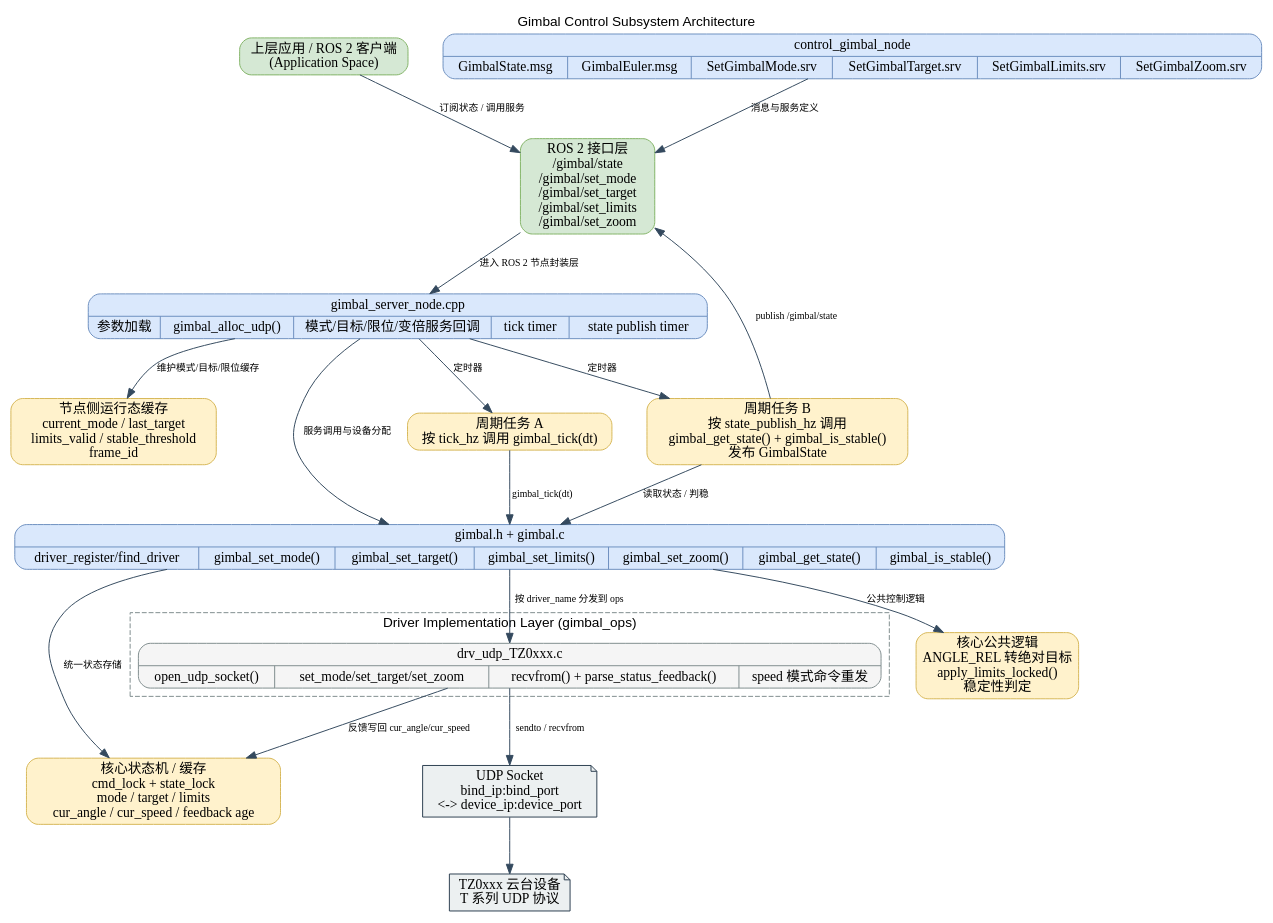
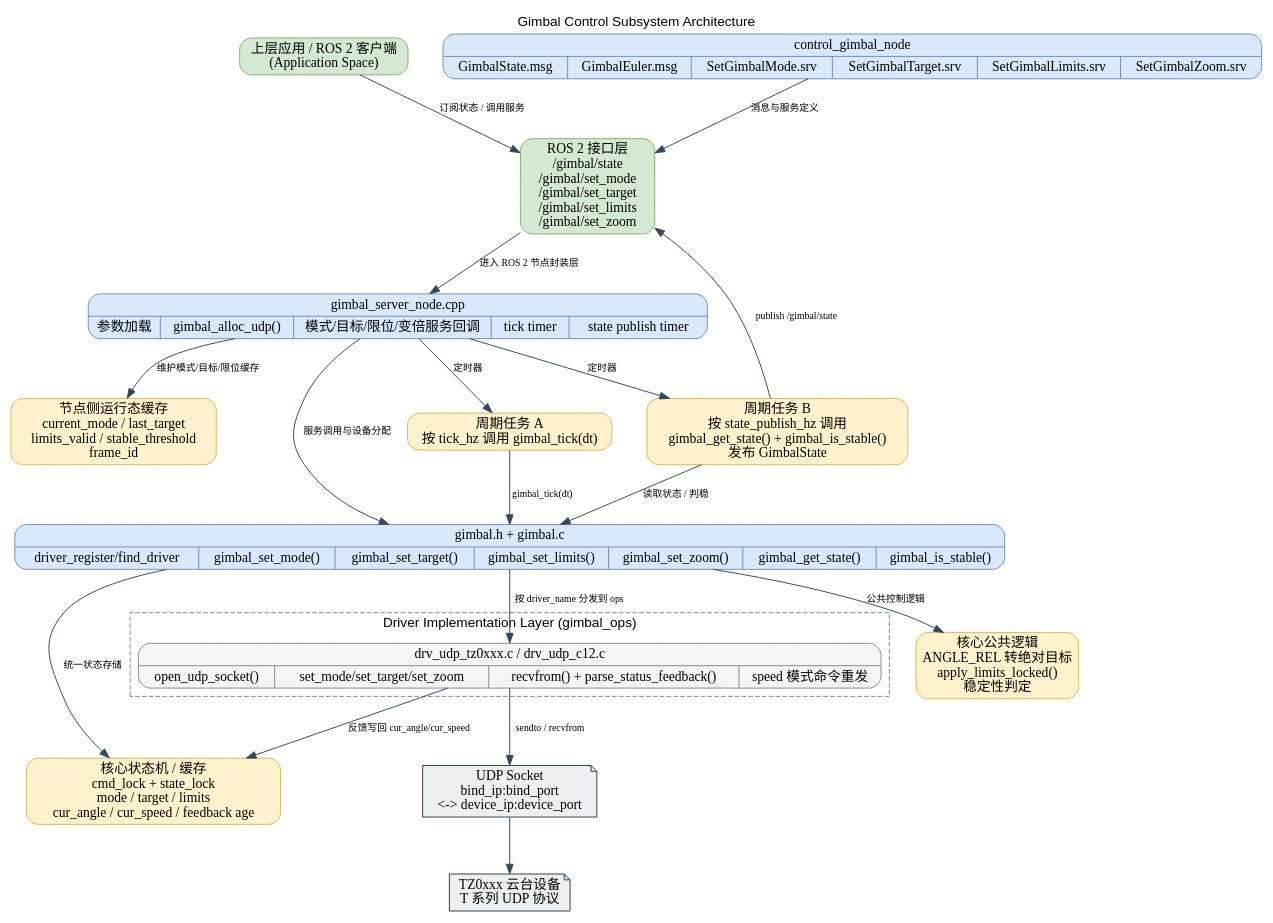
One commit to haiqianghuang/ros2_gimbal changed the diagram in architecture/gimbal_system.dot. Above: the diagram before and after it, drawn with Graphviz. The commit also changed 3 other files, not shown here.

```diff
--- a/architecture/gimbal_system.dot
+++ b/architecture/gimbal_system.dot
@@ -1,56 +1,56 @@
 digraph G {
     rankdir=TB;
     nodesep=0.5;
     ranksep=0.7;
     fontname="Microsoft YaHei, SimHei, sans-serif";
     label="Gimbal Control Subsystem Architecture";
     labelloc="t";
 
     node [shape=box, style="filled,rounded", color="#2c3e50", fillcolor="#ecf0f1", fontname="Microsoft YaHei"];
     edge [color="#34495e", fontname="Microsoft YaHei", fontsize=10];
 
     APP [label="上层应用 / ROS 2 客户端\n(Application Space)", fillcolor="#d5e8d4", color="#82b366"];
     ROS_API [label="ROS 2 接口层\n/gimbal/state\n/gimbal/set_mode\n/gimbal/set_target\n/gimbal/set_limits\n/gimbal/set_zoom", fillcolor="#d5e8d4", color="#82b366"];
     IFACE [label="{ control_gimbal_node | {GimbalState.msg | GimbalEuler.msg | SetGimbalMode.srv | SetGimbalTarget.srv | SetGimbalLimits.srv | SetGimbalZoom.srv} }", shape=record, fillcolor="#dae8fc", color="#6c8ebf"];
 
     GIMBAL_NODE [label="{ gimbal_server_node.cpp | {参数加载 | gimbal_alloc_udp() | 模式/目标/限位/变倍服务回调 | tick timer | state publish timer} }", shape=record, fillcolor="#dae8fc", color="#6c8ebf"];
     NODE_CACHE [label="节点侧运行态缓存\ncurrent_mode / last_target\nlimits_valid / stable_threshold\nframe_id", fillcolor="#fff2cc", color="#d6b656"];
     TICK [label="周期任务 A\n按 tick_hz 调用 gimbal_tick(dt)", fillcolor="#fff2cc", color="#d6b656"];
     STATE_PUB [label="周期任务 B\n按 state_publish_hz 调用\ngimbal_get_state() + gimbal_is_stable()\n发布 GimbalState", fillcolor="#fff2cc", color="#d6b656"];
 
     CORE [label="{ gimbal.h + gimbal.c | {driver_register/find_driver | gimbal_set_mode() | gimbal_set_target() | gimbal_set_limits() | gimbal_set_zoom() | gimbal_get_state() | gimbal_is_stable()} }", shape=record, fillcolor="#dae8fc", color="#6c8ebf"];
     CORE_STATE [label="核心状态机 / 缓存\ncmd_lock + state_lock\nmode / target / limits\ncur_angle / cur_speed / feedback age", fillcolor="#fff2cc", color="#d6b656"];
     CORE_LOGIC [label="核心公共逻辑\nANGLE_REL 转绝对目标\napply_limits_locked()\n稳定性判定", fillcolor="#fff2cc", color="#d6b656"];
 
     subgraph cluster_drivers {
         label = "Driver Implementation Layer (gimbal_ops)";
         style = dashed;
         color = "#7f8c8d";
 
-        UDP_DRV [label="{ drv_udp_TZ0xxx.c | {open_udp_socket() | set_mode/set_target/set_zoom | recvfrom() + parse_status_feedback() | speed 模式命令重发} }", shape=record, fillcolor="#f5f5f5", color="#7f8c8d"];
+        UDP_DRV [label="{ drv_udp_tz0xxx.c / drv_udp_c12.c | {open_udp_socket() | set_mode/set_target/set_zoom | recvfrom() + parse_status_feedback() | speed 模式命令重发} }", shape=record, fillcolor="#f5f5f5", color="#7f8c8d"];
     }
 
     UDP_IO [label="UDP Socket\nbind_ip:bind_port\n<-> device_ip:device_port", shape=note];
     HW [label="TZ0xxx 云台设备\nT 系列 UDP 协议", shape=note];
 
     APP -> ROS_API [label="订阅状态 / 调用服务"];
     IFACE -> ROS_API [label="消息与服务定义"];
     ROS_API -> GIMBAL_NODE [label="进入 ROS 2 节点封装层"];
 
     GIMBAL_NODE -> NODE_CACHE [label="维护模式/目标/限位缓存"];
     GIMBAL_NODE -> TICK [label="定时器"];
     GIMBAL_NODE -> STATE_PUB [label="定时器"];
     GIMBAL_NODE -> CORE [label="服务调用与设备分配"];
 
     TICK -> CORE [label="gimbal_tick(dt)"];
     STATE_PUB -> CORE [label="读取状态 / 判稳"];
     STATE_PUB -> ROS_API [label="publish /gimbal/state"];
 
     CORE -> CORE_STATE [label="统一状态存储"];
     CORE -> CORE_LOGIC [label="公共控制逻辑"];
     CORE -> UDP_DRV [label="按 driver_name 分发到 ops"];
     UDP_DRV -> CORE_STATE [label="反馈写回 cur_angle/cur_speed"];
 
     UDP_DRV -> UDP_IO [label="sendto / recvfrom"];
     UDP_IO -> HW;
 }
```
